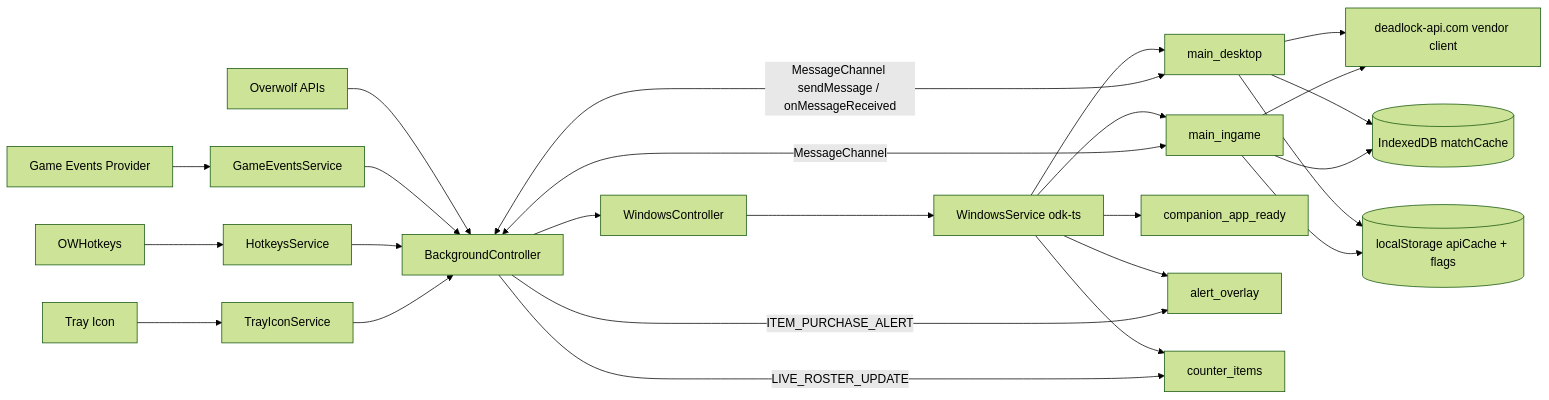
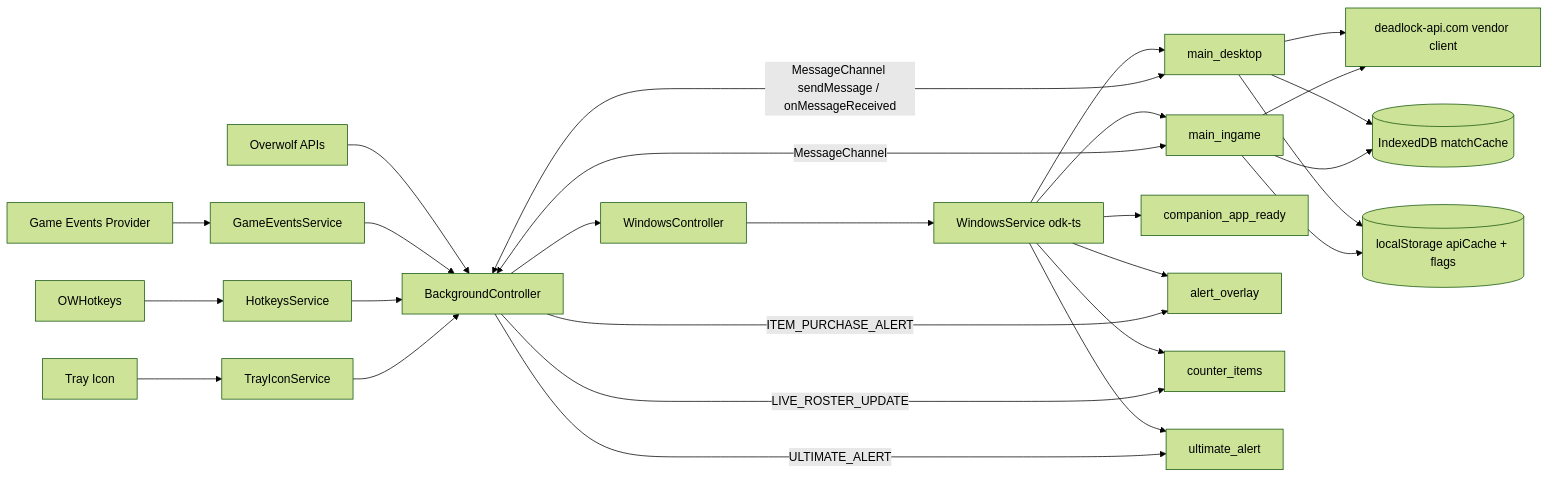
Before and after one commit to EdoMathias/deadlock-companion: the diagram in docs/01-architecture.md, drawn with Mermaid (forest theme). The commit also changed other lines of this file and 27 other files, not shown here.

````diff
--- a/docs/01-architecture.md
+++ b/docs/01-architecture.md
@@ -22,30 +22,32 @@
 ```mermaid
 flowchart LR
     OW[Overwolf APIs] --> Bg[BackgroundController]
     GEP[Game Events Provider] --> GES[GameEventsService]
     GES --> Bg
     Hot[OWHotkeys] --> HS[HotkeysService]
     HS --> Bg
     Tray[Tray Icon] --> TIS[TrayIconService]
     TIS --> Bg
 
     Bg --> WC[WindowsController]
     WC --> WS[WindowsService odk-ts]
     WS --> Desk[main_desktop]
     WS --> Ing[main_ingame]
     WS --> Ready[companion_app_ready]
     WS --> Alert[alert_overlay]
     WS --> Counter[counter_items]
+    WS --> UltAlert[ultimate_alert]
 
     Bg <-->|"MessageChannel sendMessage / onMessageReceived"| Desk
     Bg <-->|MessageChannel| Ing
     Bg -->|ITEM_PURCHASE_ALERT| Alert
     Bg -->|LIVE_ROSTER_UPDATE| Counter
+    Bg -->|ULTIMATE_ALERT| UltAlert
 
     Desk --> API[deadlock-api.com vendor client]
     Ing --> API
     Desk --> IDB[(IndexedDB matchCache)]
     Ing --> IDB
     Desk --> LS[(localStorage apiCache + flags)]
     Ing --> LS
 ```
````
